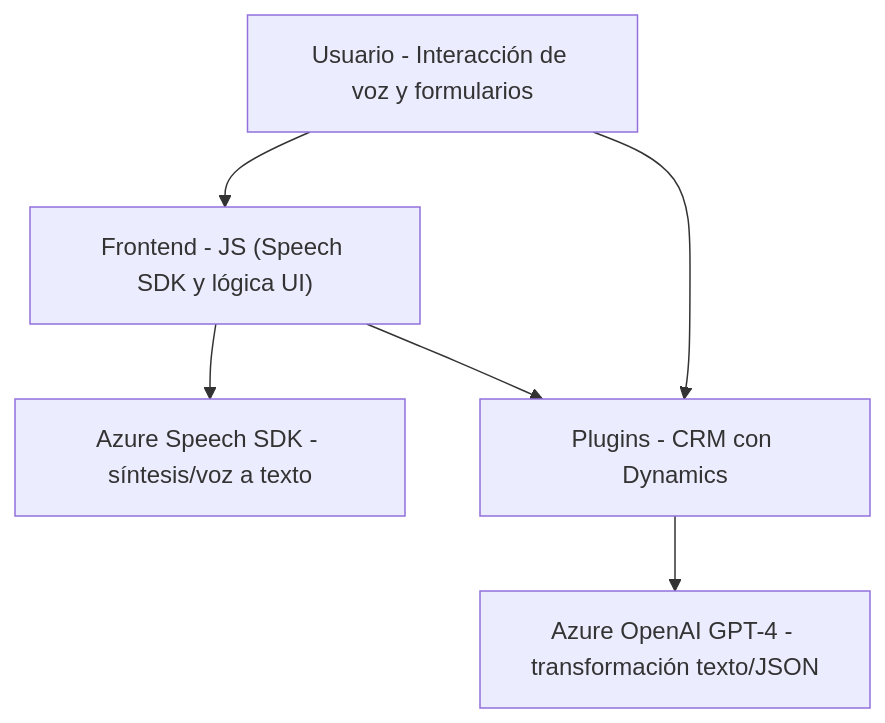
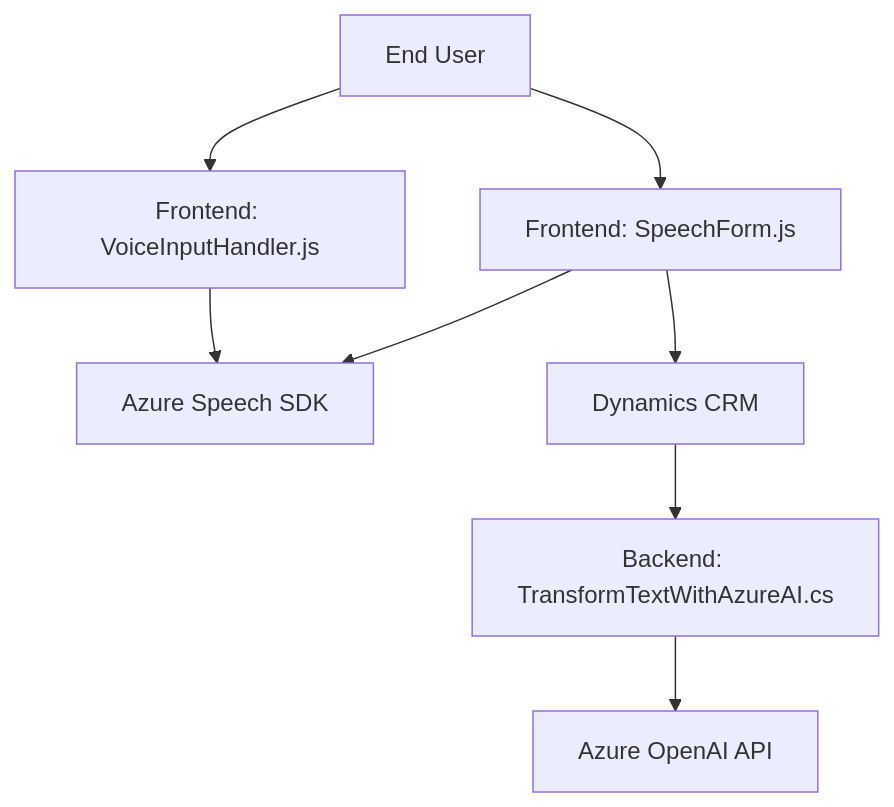
Before and after one commit to blopezdm/NETCORE_BILBAO2025: the diagram in README.md, drawn with Mermaid. The commit also changed other lines of this file, not shown here.

Commit message:
Actualizar análisis global de la solución con IA

````diff
--- a/README.md
+++ b/README.md
@@ -49,14 +38,18 @@
 ```mermaid
 graph TD
-    A["Usuario - Interacción de voz y formularios"]
-    B["Frontend - JS (Speech SDK y lógica UI)"]
-    C["Azure Speech SDK - síntesis/voz a texto"]
-    D["Plugins - CRM con Dynamics"]
-    E["Azure OpenAI GPT-4 - transformación texto/JSON"]
+  A1["Frontend: VoiceInputHandler.js"]
+  A2["Frontend: SpeechForm.js"]
+  B1["Backend: TransformTextWithAzureAI.cs"]
+  C1["Dynamics CRM"]
+  D1["Azure Speech SDK"]
+  D2["Azure OpenAI API"]
+  E1["End User"]
 
-    A --> B
-    B --> C
-    A --> D
-    D --> E
-    B --> D
+  E1 --> A1
+  E1 --> A2
+  A1 --> D1
+  A2 --> D1
+  A2 --> C1
+  C1 --> B1
+  B1 --> D2
 ```
````
